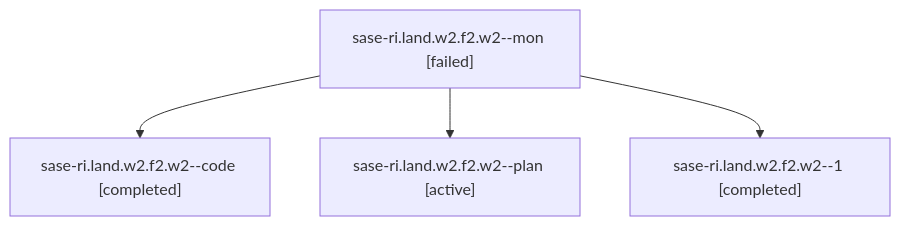
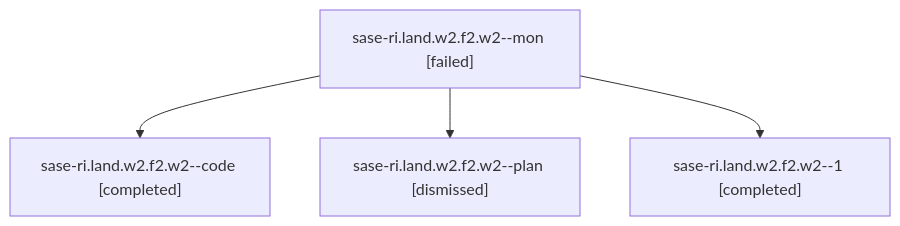
One commit to sase-org/sase--agents changed the diagram in sessions/bbugyi200.athena.sase-ri.land.w2.f2.w2.md. Above: the diagram before and after it, drawn with Mermaid. The commit also changed other lines of this file and 159 other files, not shown here.

````diff
--- a/sessions/bbugyi200.athena.sase-ri.land.w2.f2.w2.md
+++ b/sessions/bbugyi200.athena.sase-ri.land.w2.f2.w2.md
@@ -9,10 +9,10 @@
 ```mermaid
 flowchart TD
   n0["sase-ri.land.w2.f2.w2--mon [failed]"]
   n1["sase-ri.land.w2.f2.w2--code [completed]"]
   n0 --> n1
-  n2["sase-ri.land.w2.f2.w2--plan [active]"]
+  n2["sase-ri.land.w2.f2.w2--plan [dismissed]"]
   n0 --> n2
   n3["sase-ri.land.w2.f2.w2--1 [completed]"]
   n0 --> n3
 ```
````
